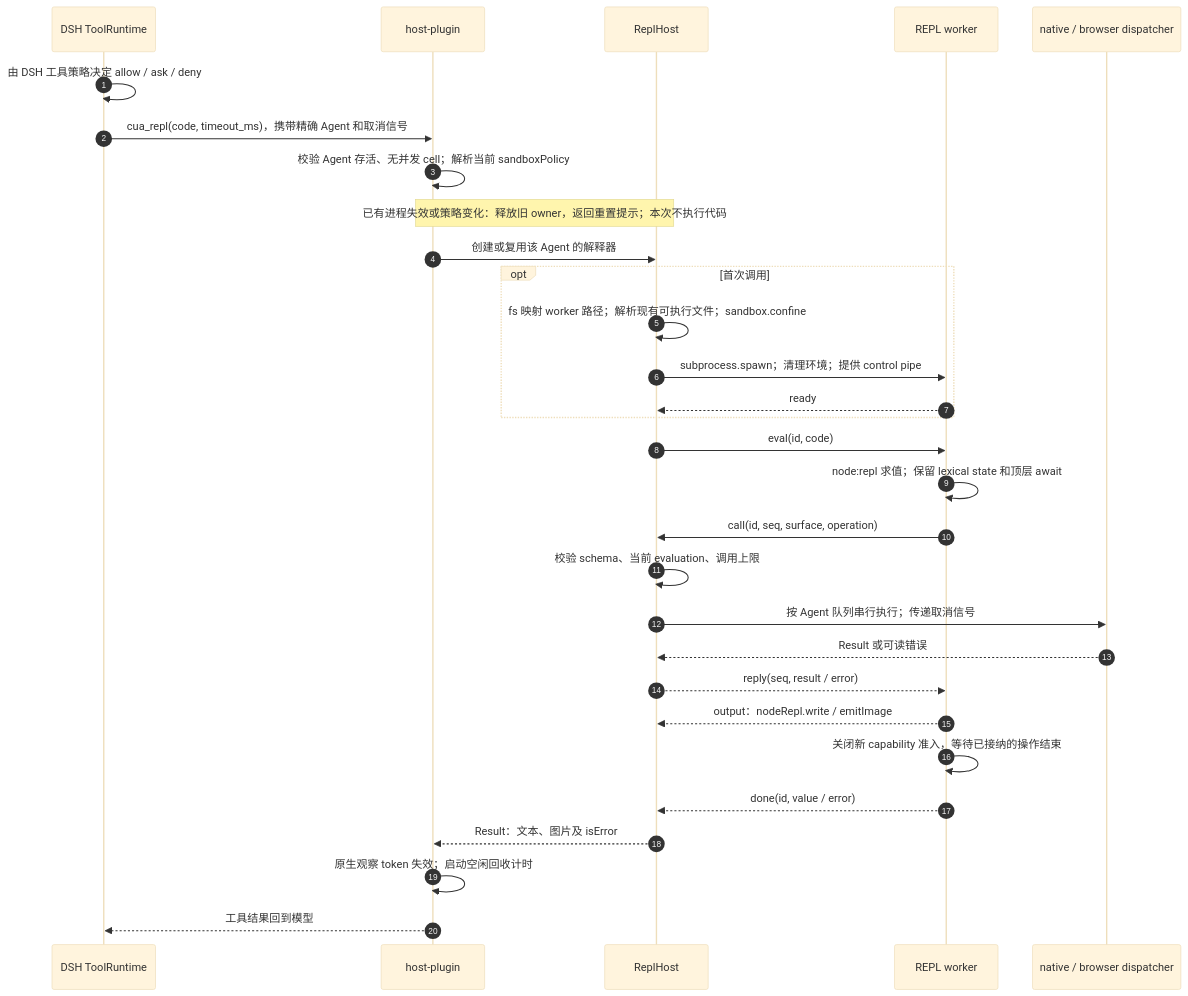
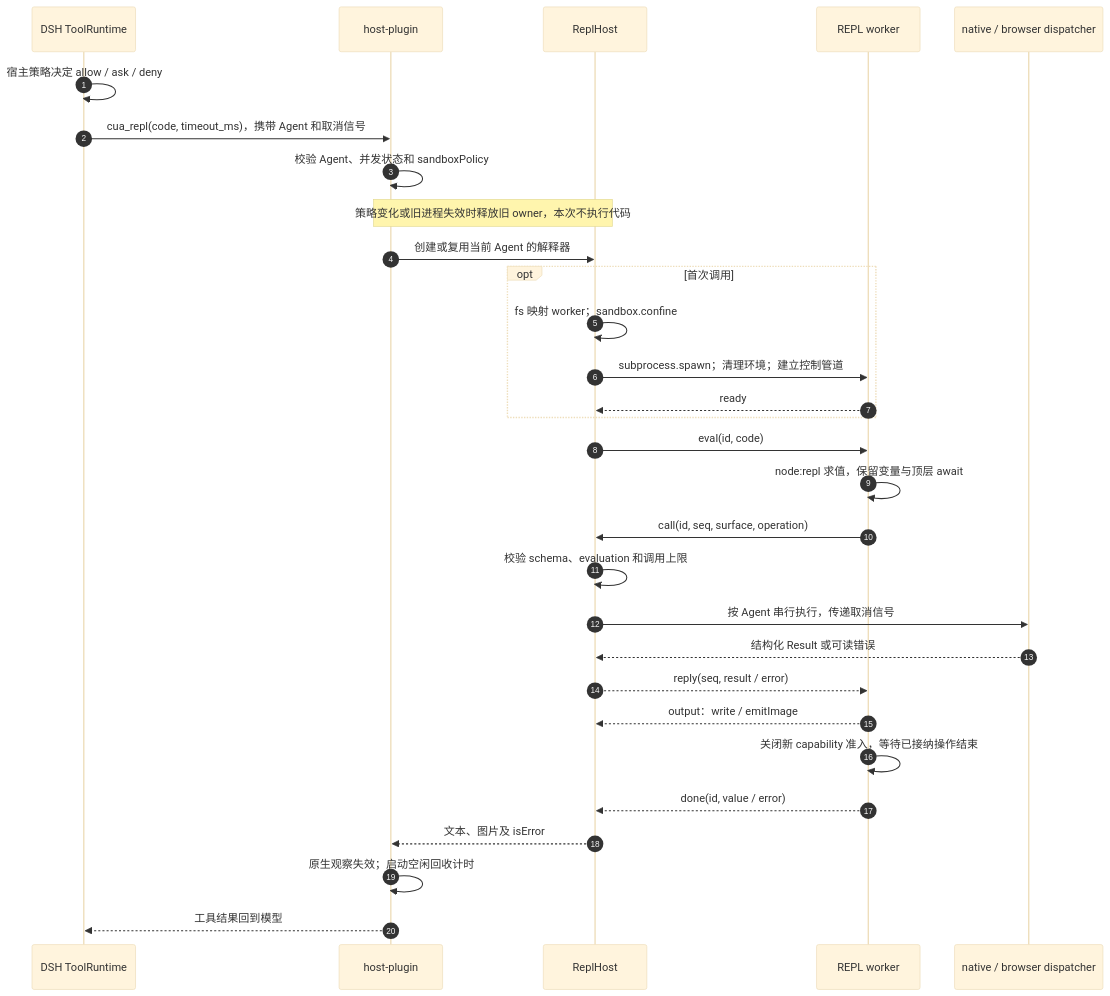
Before and after one commit to xiaoiver/dsh-unified-computer-use: the second of 7 diagrams in docs/CALL-FLOWS.md, drawn with Mermaid (base theme). The commit also changed other lines of this file and 39 other files, not shown here.

````diff
--- a/docs/CALL-FLOWS.md
+++ b/docs/CALL-FLOWS.md
@@ -46,32 +47,32 @@
 ```mermaid
 sequenceDiagram
   autonumber
   participant T as DSH ToolRuntime
   participant P as host-plugin
   participant H as ReplHost
   participant W as REPL worker
   participant D as native / browser dispatcher
-  T->>T: 由 DSH 工具策略决定 allow / ask / deny
-  T->>P: cua_repl(code, timeout_ms)，携带精确 Agent 和取消信号
-  P->>P: 校验 Agent 存活、无并发 cell；解析当前 sandboxPolicy
-  Note over P,H: 已有进程失效或策略变化：释放旧 owner，返回重置提示；本次不执行代码
-  P->>H: 创建或复用该 Agent 的解释器
+  T->>T: 宿主策略决定 allow / ask / deny
+  T->>P: cua_repl(code, timeout_ms)，携带 Agent 和取消信号
+  P->>P: 校验 Agent、并发状态和 sandboxPolicy
+  Note over P,H: 策略变化或旧进程失效时释放旧 owner，本次不执行代码
+  P->>H: 创建或复用当前 Agent 的解释器
   opt 首次调用
-    H->>H: fs 映射 worker 路径；解析现有可执行文件；sandbox.confine
-    H->>W: subprocess.spawn；清理环境；提供 control pipe
+    H->>H: fs 映射 worker；sandbox.confine
+    H->>W: subprocess.spawn；清理环境；建立控制管道
     W-->>H: ready
   end
   H->>W: eval(id, code)
-  W->>W: node:repl 求值；保留 lexical state 和顶层 await
+  W->>W: node:repl 求值，保留变量与顶层 await
   W->>H: call(id, seq, surface, operation)
-  H->>H: 校验 schema、当前 evaluation、调用上限
-  H->>D: 按 Agent 队列串行执行；传递取消信号
-  D-->>H: Result 或可读错误
+  H->>H: 校验 schema、evaluation 和调用上限
+  H->>D: 按 Agent 串行执行，传递取消信号
+  D-->>H: 结构化 Result 或可读错误
   H-->>W: reply(seq, result / error)
-  W-->>H: output：nodeRepl.write / emitImage
-  W->>W: 关闭新 capability 准入，等待已接纳的操作结束
+  W-->>H: output：write / emitImage
+  W->>W: 关闭新 capability 准入，等待已接纳操作结束
   W-->>H: done(id, value / error)
-  H-->>P: Result：文本、图片及 isError
-  P->>P: 原生观察 token 失效；启动空闲回收计时
+  H-->>P: 文本、图片及 isError
+  P->>P: 原生观察失效；启动空闲回收计时
   P-->>T: 工具结果回到模型
 ```
````
